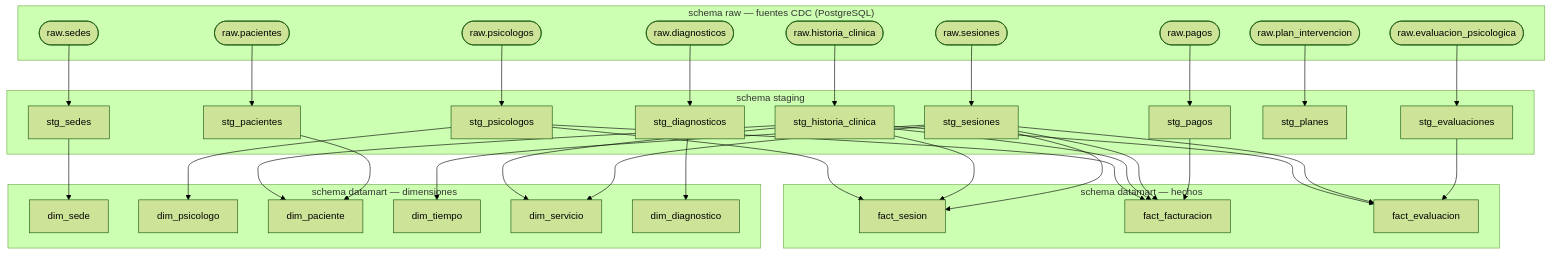
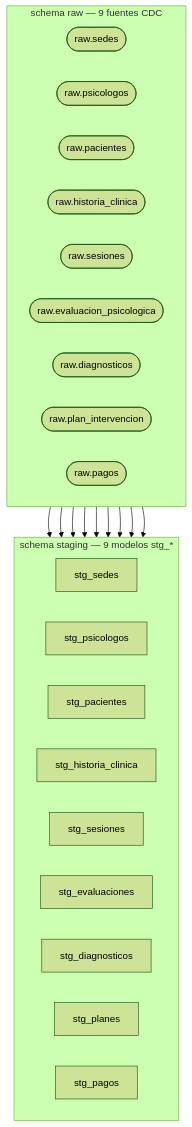
Before and after one commit to ClaudioB12/CentroPsicologico-BI: the first of 3 diagrams in docs/diagrams/lineaje_dbt.md, drawn with Mermaid (forest theme). The commit also changed other lines of this file and 4 other files, not shown here.

First line of the commit message:
Corrige diagramas a vertical (TD) y completa evidencia con diagramas

````diff
--- a/docs/diagrams/lineaje_dbt.md
+++ b/docs/diagrams/lineaje_dbt.md
@@ -7,62 +7,38 @@
 ```mermaid
 flowchart TD
-  subgraph RAW["schema raw — fuentes CDC (PostgreSQL)"]
-    r_sedes([raw.sedes])
-    r_psicologos([raw.psicologos])
-    r_pacientes([raw.pacientes])
-    r_historia([raw.historia_clinica])
-    r_sesiones([raw.sesiones])
-    r_evaluaciones([raw.evaluacion_psicologica])
-    r_diagnosticos([raw.diagnosticos])
-    r_planes([raw.plan_intervencion])
-    r_pagos([raw.pagos])
+  subgraph RAW["schema raw — 9 fuentes CDC"]
+    direction LR
+    r1([raw.sedes]) 
+    r2([raw.psicologos])
+    r3([raw.pacientes])
+    r4([raw.historia_clinica])
+    r5([raw.sesiones])
+    r6([raw.evaluacion_psicologica])
+    r7([raw.diagnosticos])
+    r8([raw.plan_intervencion])
+    r9([raw.pagos])
   end
 
-  subgraph STAGING["schema staging"]
-    stg_sedes[stg_sedes]
-    stg_psicologos[stg_psicologos]
-    stg_pacientes[stg_pacientes]
-    stg_historia[stg_historia_clinica]
-    stg_sesiones[stg_sesiones]
-    stg_evaluaciones[stg_evaluaciones]
-    stg_diagnosticos[stg_diagnosticos]
-    stg_planes[stg_planes]
-    stg_pagos[stg_pagos]
+  subgraph STAGING["schema staging — 9 modelos stg_*"]
+    direction LR
+    s1[stg_sedes]
+    s2[stg_psicologos]
+    s3[stg_pacientes]
+    s4[stg_historia_clinica]
+    s5[stg_sesiones]
+    s6[stg_evaluaciones]
+    s7[stg_diagnosticos]
+    s8[stg_planes]
+    s9[stg_pagos]
   end
 
-  subgraph DIMS["schema datamart — dimensiones"]
-    dim_sede[dim_sede]
-    dim_psicologo[dim_psicologo]
-    dim_paciente[dim_paciente]
-    dim_tiempo[dim_tiempo]
-    dim_servicio[dim_servicio]
-    dim_diagnostico[dim_diagnostico]
-  end
-
-  subgraph FACTS["schema datamart — hechos"]
-    fact_sesion[fact_sesion]
-    fact_facturacion[fact_facturacion]
-    fact_evaluacion[fact_evaluacion]
-  end
-
-  r_sedes --> stg_sedes
-  r_psicologos --> stg_psicologos
-  r_pacientes --> stg_pacientes
-  r_historia --> stg_historia
-  r_sesiones --> stg_sesiones
-  r_evaluaciones --> stg_evaluaciones
-  r_diagnosticos --> stg_diagnosticos
-  r_planes --> stg_planes
-  r_pagos --> stg_pagos
-
-  stg_sedes --> dim_sede
-  stg_psicologos --> dim_psicologo
-  stg_pacientes & stg_historia --> dim_paciente
-  stg_sesiones --> dim_tiempo
-  stg_sesiones & stg_historia --> dim_servicio
-  stg_diagnosticos --> dim_diagnostico
-
-  stg_sesiones & stg_historia & stg_psicologos --> fact_sesion
-  stg_pagos & stg_sesiones & stg_historia & stg_psicologos --> fact_facturacion
-  stg_evaluaciones & stg_sesiones & stg_historia --> fact_evaluacion
+  r1 --> s1
+  r2 --> s2
+  r3 --> s3
+  r4 --> s4
+  r5 --> s5
+  r6 --> s6
+  r7 --> s7
+  r8 --> s8
+  r9 --> s9
 ```
````
